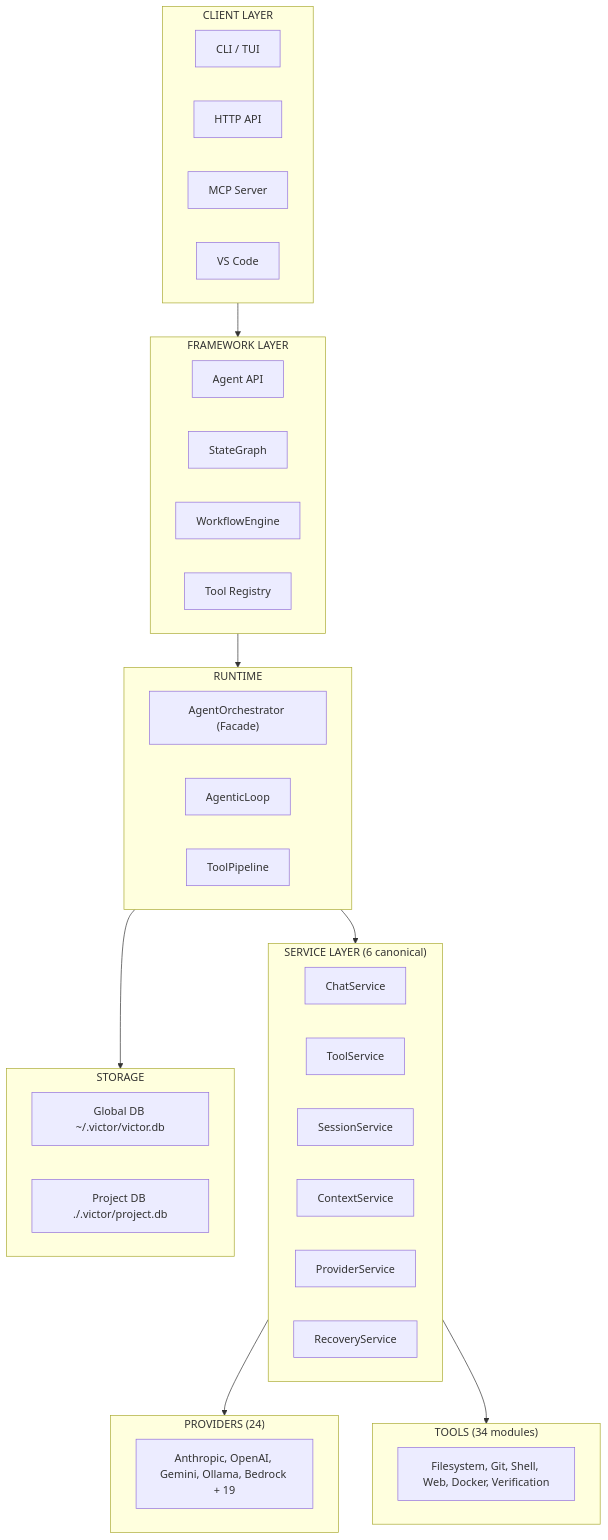
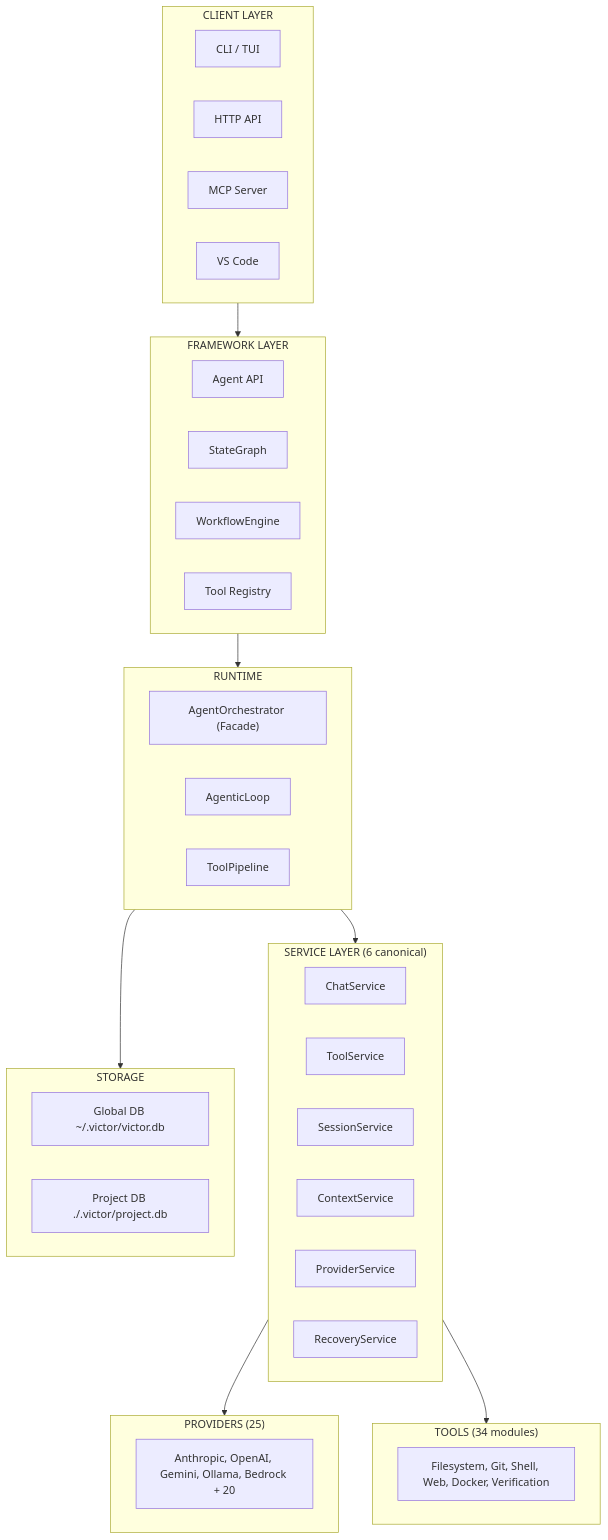
One commit to anvai-labs/victor changed the diagram in docs/index.md. Above: the diagram before and after it, drawn with Mermaid. The commit also changed other lines of this file and 104 other files, not shown here.

````diff
--- a/docs/index.md
+++ b/docs/index.md
@@ -22,42 +22,42 @@
 ```mermaid
 flowchart TB
     subgraph Clients["CLIENT LAYER"]
         CLI["CLI / TUI"]
         API["HTTP API"]
         MCP["MCP Server"]
         VSC["VS Code"]
     end
     subgraph Framework["FRAMEWORK LAYER"]
         Agent["Agent API"]
         SG["StateGraph"]
         WE["WorkflowEngine"]
         Tools["Tool Registry"]
     end
     subgraph Services["SERVICE LAYER (6 canonical)"]
         CS["ChatService"]
         TS["ToolService"]
         SS["SessionService"]
         CX["ContextService"]
         PS["ProviderService"]
         RS["RecoveryService"]
     end
     subgraph Runtime["RUNTIME"]
         ORC["AgentOrchestrator (Facade)"]
         AL["AgenticLoop"]
         TP["ToolPipeline"]
     end
-    subgraph Providers["PROVIDERS (24)"]
-        Prov["Anthropic, OpenAI, Gemini, Ollama, Bedrock + 19"]
+    subgraph Providers["PROVIDERS (25)"]
+        Prov["Anthropic, OpenAI, Gemini, Ollama, Bedrock + 20"]
     end
     subgraph ToolModules["TOOLS (34 modules)"]
         T1["Filesystem, Git, Shell, Web, Docker, Verification"]
     end
     subgraph Storage["STORAGE"]
         GDB["Global DB ~/.victor/victor.db"]
         PDB["Project DB ./.victor/project.db"]
     end
     Clients --> Framework --> Runtime --> Services
     Services --> Providers
     Services --> ToolModules
     Runtime --> Storage
 ```
````
